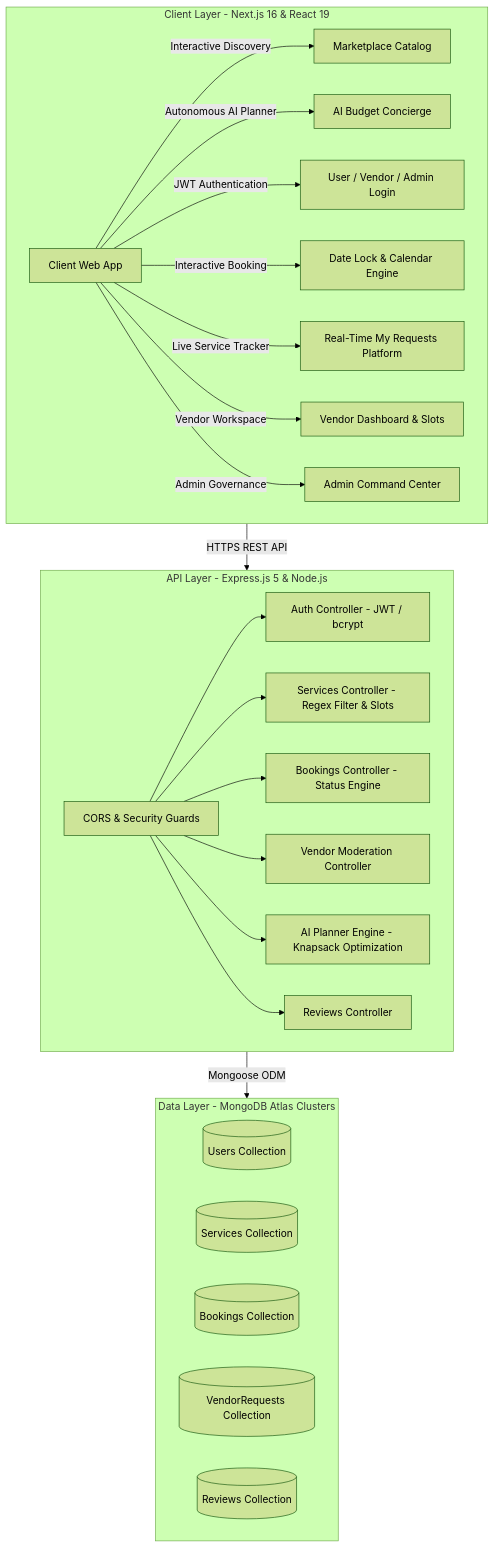
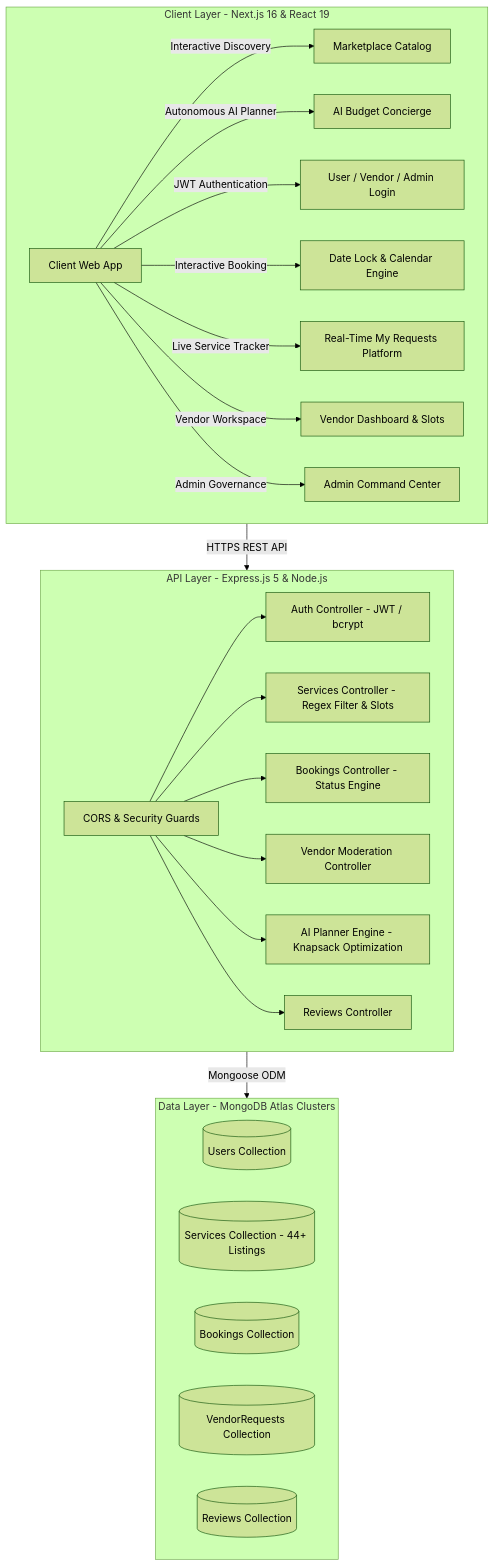
The diagram in README.md (gdiya2004/ServEase), drawn with Mermaid (forest theme) before and after one commit. The commit also changed other lines of this file, not shown here.

Commit message:
Update README.md with comprehensive documentation for specialized individual services, AI Knapsack rebalancing, 44+ services catalog, and ATS resume points

````diff
--- a/README.md
+++ b/README.md
@@ -27,32 +27,32 @@
 ```mermaid
 flowchart TD
     subgraph ClientLayer [Client Layer - Next.js 16 & React 19]
         A[Client Web App] -->|Interactive Discovery| B[Marketplace Catalog]
         A -->|Autonomous AI Planner| C[AI Budget Concierge]
         A -->|JWT Authentication| D[User / Vendor / Admin Login]
         A -->|Interactive Booking| E[Date Lock & Calendar Engine]
         A -->|Live Service Tracker| F[Real-Time My Requests Platform]
         A -->|Vendor Workspace| G[Vendor Dashboard & Slots]
         A -->|Admin Governance| H[Admin Command Center]
     end
 
     subgraph APILayer [API Layer - Express.js 5 & Node.js]
         I[CORS & Security Guards] --> J[Auth Controller - JWT / bcrypt]
         I --> K[Services Controller - Regex Filter & Slots]
         I --> L[Bookings Controller - Status Engine]
         I --> M[Vendor Moderation Controller]
         I --> N[AI Planner Engine - Knapsack Optimization]
         I --> O[Reviews Controller]
     end
 
     subgraph DatabaseLayer [Data Layer - MongoDB Atlas Clusters]
         P[(Users Collection)]
-        Q[(Services Collection)]
+        Q[(Services Collection - 44+ Listings)]
         R[(Bookings Collection)]
         S[(VendorRequests Collection)]
         T[(Reviews Collection)]
     end
 
     ClientLayer -->|HTTPS REST API| APILayer
     APILayer -->|Mongoose ODM| DatabaseLayer
 ```
````
